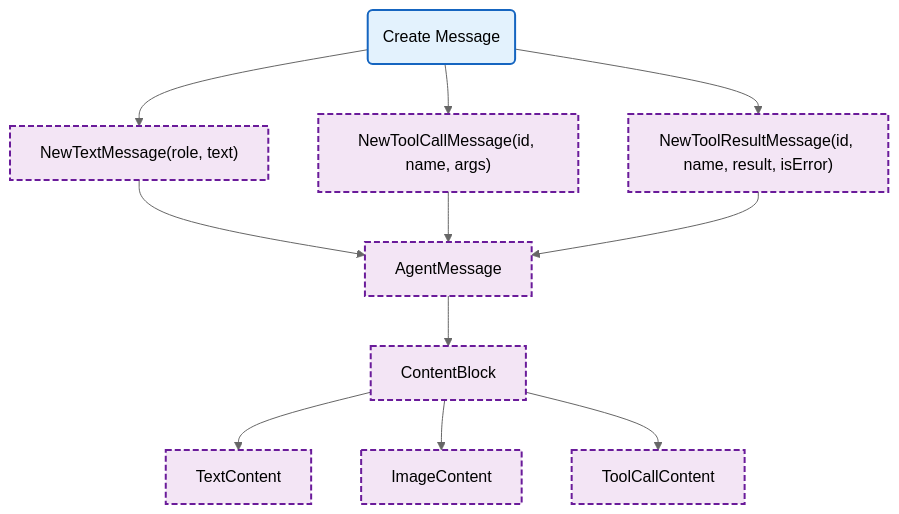
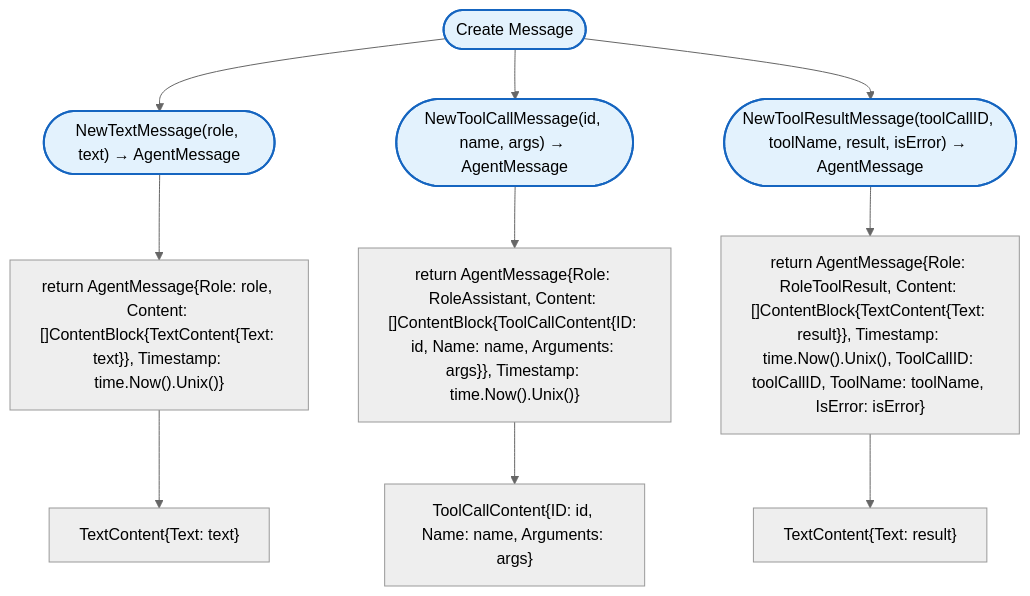
One commit to radch-ai/ava changed the diagram in docs/internal/agent/types.md. Above: the diagram before and after it, drawn with Mermaid (neutral theme). The commit also changed 24 other files, not shown here.

````diff
--- a/docs/internal/agent/types.md
+++ b/docs/internal/agent/types.md
@@ -7,21 +7,18 @@
 ```mermaid
 flowchart TB
-    Start("Create Message") --> NewText["NewTextMessage(role, text)"]
-    Start --> NewToolCall["NewToolCallMessage(id, name, args)"]
-    Start --> NewResult["NewToolResultMessage(id, name, result, isError)"]
-    
-    NewText --> Msg["AgentMessage"]
-    NewToolCall --> Msg
-    NewResult --> Msg
-    
-    Msg --> Content["ContentBlock"]
-    Content --> Text["TextContent"]
-    Content --> Image["ImageContent"]
-    Content --> ToolCall["ToolCallContent"]
+    Start(["Create Message"]) --> NewText(["NewTextMessage(role, text) → AgentMessage"])
+    Start --> NewToolCall(["NewToolCallMessage(id, name, args) → AgentMessage"])
+    Start --> NewResult(["NewToolResultMessage(toolCallID, toolName, result, isError) → AgentMessage"])
+
+    NewText --> ReturnText["return AgentMessage{Role: role, Content: []ContentBlock{TextContent{Text: text}}, Timestamp: time.Now().Unix()}"]
+    NewToolCall --> ReturnCall["return AgentMessage{Role: RoleAssistant, Content: []ContentBlock{ToolCallContent{ID: id, Name: name, Arguments: args}}, Timestamp: time.Now().Unix()}"]
+    NewResult --> ReturnResult["return AgentMessage{Role: RoleToolResult, Content: []ContentBlock{TextContent{Text: result}}, Timestamp: time.Now().Unix(), ToolCallID: toolCallID, ToolName: toolName, IsError: isError}"]
+
+    ReturnText --> TextStruct["TextContent{Text: text}"]
+    ReturnCall --> CallStruct["ToolCallContent{ID: id, Name: name, Arguments: args}"]
+    ReturnResult --> ResultStruct["TextContent{Text: result}"]
 
     classDef mainFn fill:#e3f2fd,stroke:#1565c0,stroke-width:2px
-    classDef internalFn fill:#f3e5f5,stroke:#6a1b9a,stroke-width:2px,stroke-dasharray:6 3
 
-    class Start mainFn
-    class NewText,NewToolCall,NewResult,Msg,Content,Text,Image,ToolCall internalFn
+    class Start,NewText,NewToolCall,NewResult mainFn
 ```
````
